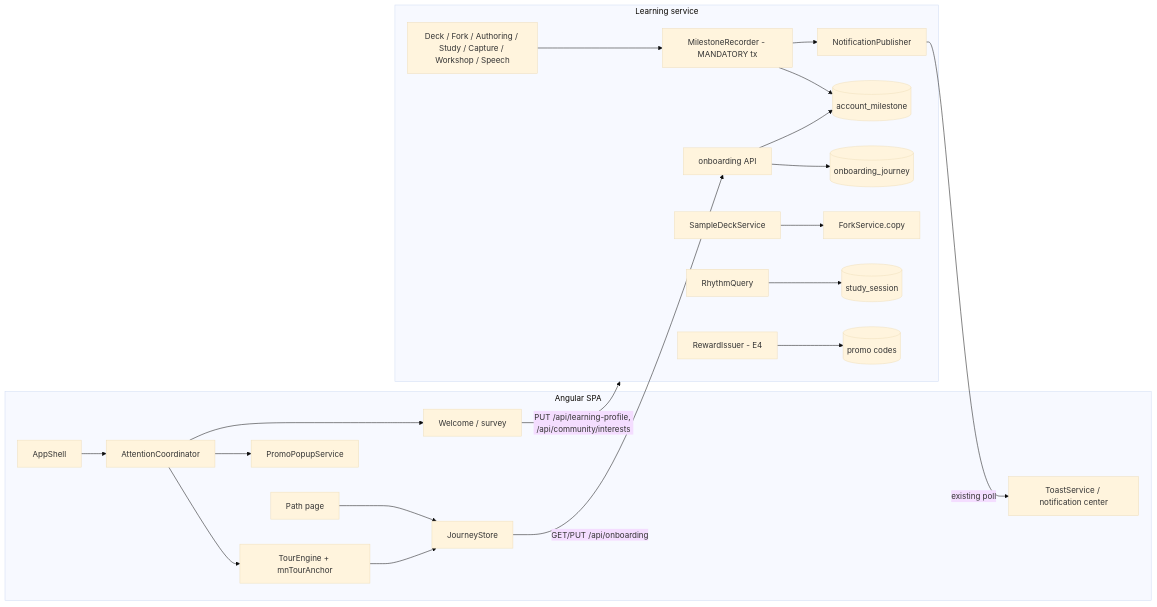
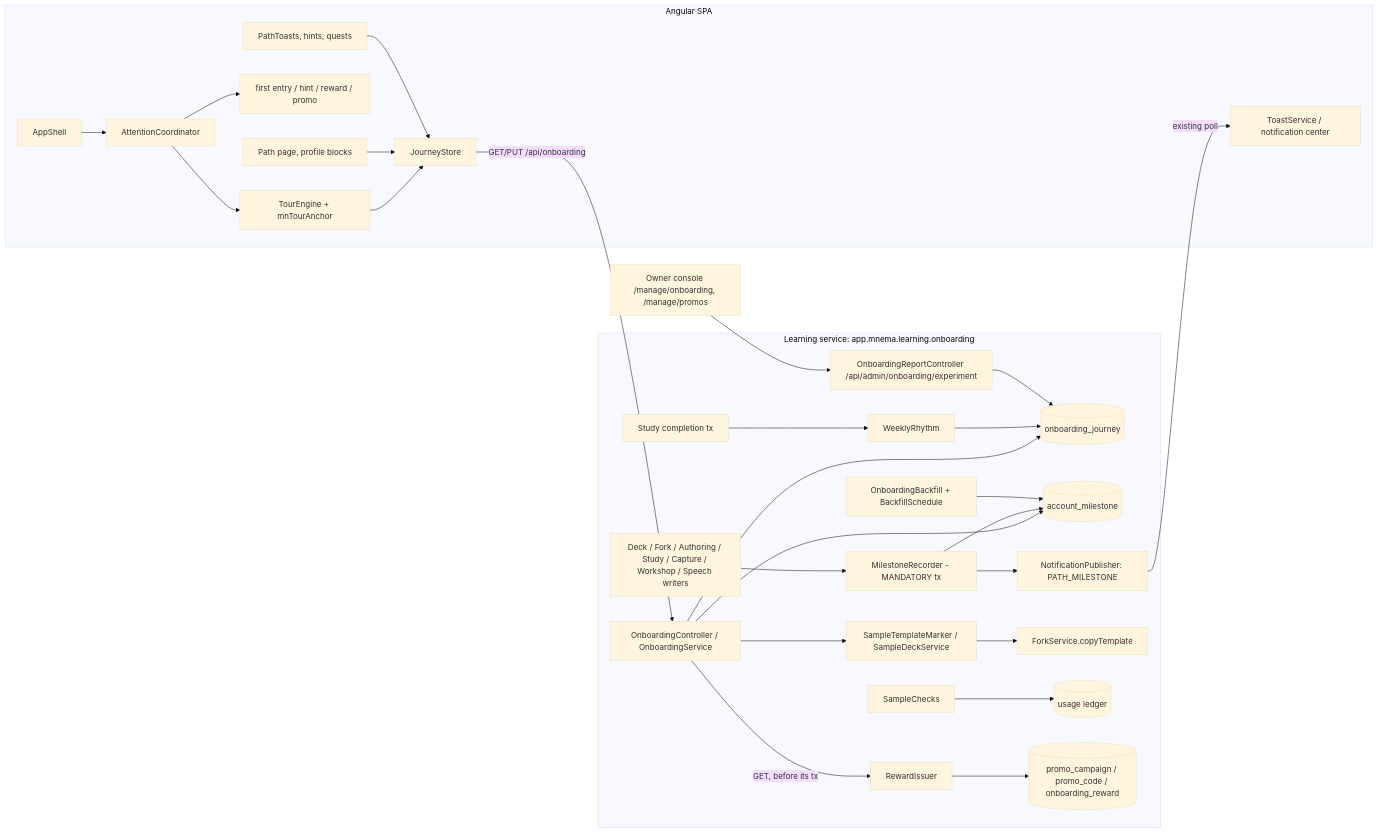
One commit to MattoYuzuru/Mnema changed the diagram in docs/engineering/onboarding/architecture.md. Above: the diagram before and after it, drawn with Mermaid (base theme). The commit also changed other lines of this file and 351 other files, not shown here.

````diff
--- a/docs/engineering/onboarding/architecture.md
+++ b/docs/engineering/onboarding/architecture.md
@@ -33,25 +32,31 @@
 ```mermaid
 flowchart LR
   subgraph Browser[Angular SPA]
     Shell[AppShell] --> Coordinator[AttentionCoordinator]
     Coordinator --> Tour[TourEngine + mnTourAnchor]
-    Coordinator --> Promo[PromoPopupService]
-    Coordinator --> Goal[Welcome / survey]
+    Coordinator --> Surfaces[first entry / hint / reward / promo]
     Tour --> JourneyStore
-    PathPage[Path page] --> JourneyStore
+    PathPage[Path page, profile blocks] --> JourneyStore
+    PathToasts[PathToasts, hints, quests] --> JourneyStore
     Toasts[ToastService / notification center]
   end
-  subgraph Learning[Learning service]
-    OnbApi[onboarding API] --> Journey[(onboarding_journey)]
+  subgraph Learning[Learning service: app.mnema.learning.onboarding]
+    OnbApi[OnboardingController / OnboardingService] --> Journey[(onboarding_journey)]
     OnbApi --> Milestones[(account_milestone)]
-    Writers[MilestoneRecorder - MANDATORY tx] --> Milestones
-    Writers --> Notif[NotificationPublisher]
-    Domain[Deck / Fork / Authoring / Study / Capture / Workshop / Speech] --> Writers
-    Sample[SampleDeckService] --> Fork[ForkService.copy]
-    Rhythm[RhythmQuery] --> Study[(study_session)]
-    Reward[RewardIssuer - E4] --> PromoLedger[(promo codes)]
+    OnbApi --> Marker[SampleTemplateMarker / SampleDeckService]
+    Writers[Deck / Fork / Authoring / Study / Capture / Workshop / Speech writers] --> Recorder[MilestoneRecorder - MANDATORY tx]
+    Recorder --> Milestones
+    Recorder --> Notif[NotificationPublisher: PATH_MILESTONE]
+    Study[Study completion tx] --> Rhythm[WeeklyRhythm]
+    Rhythm --> Journey
+    Marker --> Fork[ForkService.copyTemplate]
+    Checks[SampleChecks] --> Ledger[(usage ledger)]
+    Backfill[OnboardingBackfill + BackfillSchedule] --> Milestones
+    OnbApi -->|GET, before its tx| Reward[RewardIssuer]
+    Reward --> Campaign[(promo_campaign / promo_code / onboarding_reward)]
+    Report[OnboardingReportController /api/admin/onboarding/experiment] --> Journey
   end
   JourneyStore -->|GET/PUT /api/onboarding| OnbApi
-  Goal -->|PUT /api/learning-profile, /api/community/interests| Learning
   Notif -->|existing poll| Toasts
+  Console[Owner console /manage/onboarding, /manage/promos] --> Report
 ```
````
